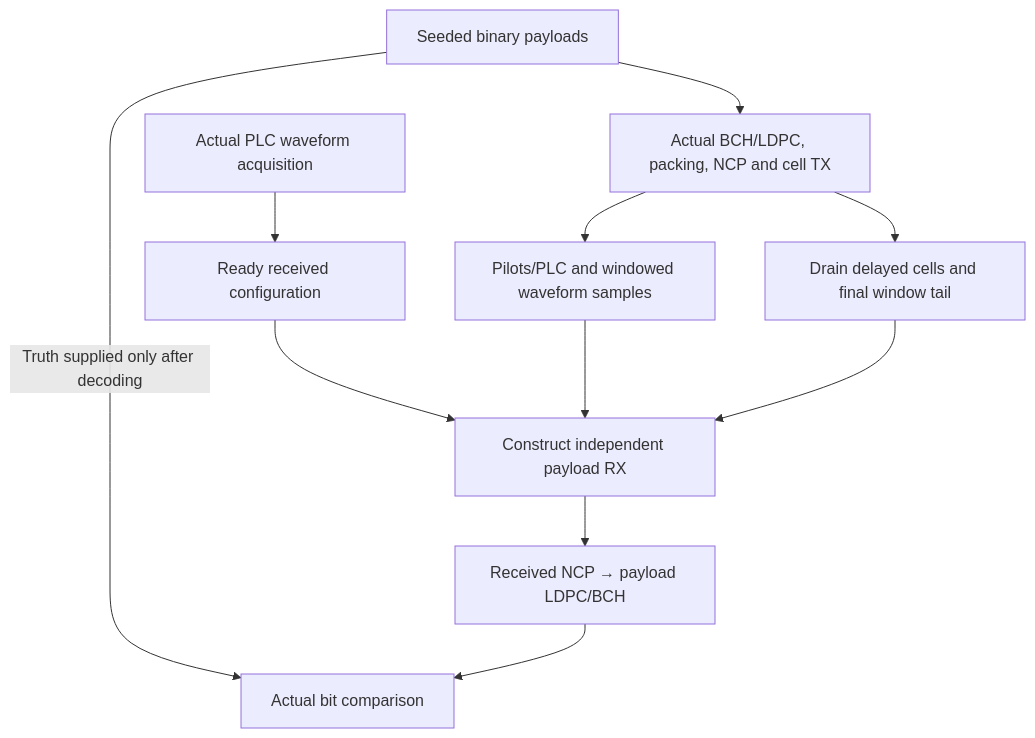
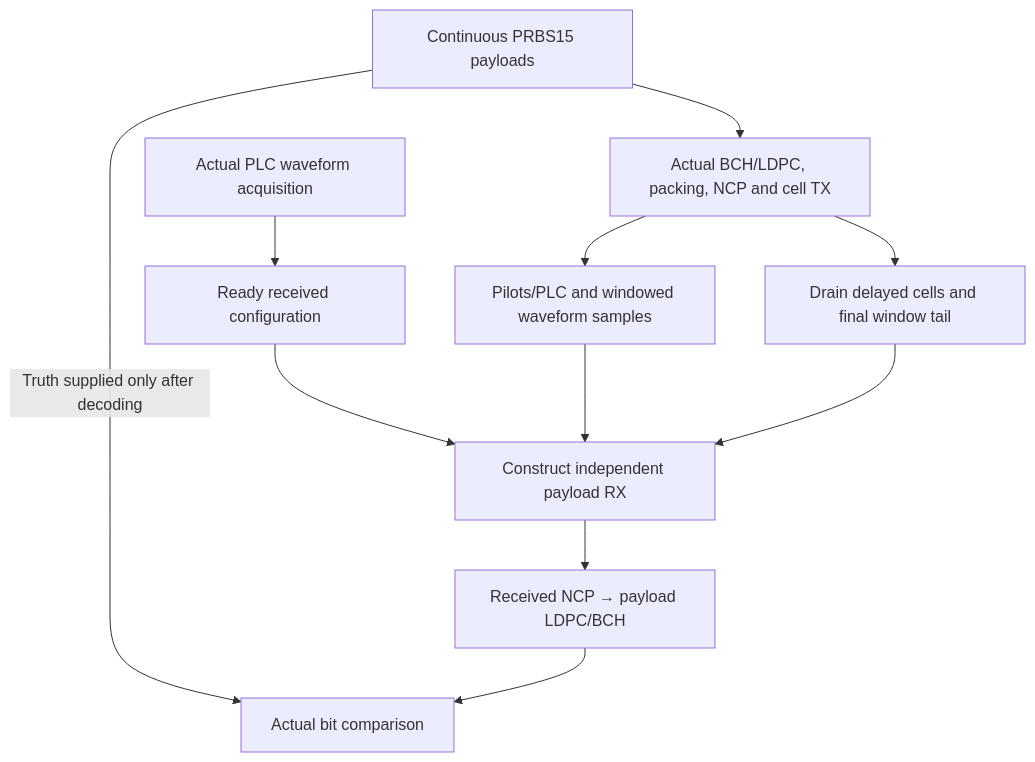
The diagram in docs/user/payload-transport/reference-experiment.md (mgarcia01752/merlin), drawn with Mermaid before and after one commit. The commit also changed other lines of this file and 18 other files, not shown here.

````diff
--- a/docs/user/payload-transport/reference-experiment.md
+++ b/docs/user/payload-transport/reference-experiment.md
@@ -14,11 +14,11 @@
 ```mermaid
 flowchart TB
     ACQ["Actual PLC waveform acquisition"] --> GATE["Ready received configuration"]
     GATE --> RX["Construct independent payload RX"]
-    SOURCE["Seeded binary payloads"] --> TX["Actual BCH/LDPC, packing, NCP and cell TX"]
+    SOURCE["Continuous PRBS15 payloads"] --> TX["Actual BCH/LDPC, packing, NCP and cell TX"]
     TX --> WAVE["Pilots/PLC and windowed waveform samples"] --> RX
     RX --> DECODE["Received NCP → payload LDPC/BCH"]
     SOURCE -->|"Truth supplied only after decoding"| COMPARE["Actual bit comparison"]
     DECODE --> COMPARE
     TX --> DRAIN["Drain delayed cells and final window tail"] --> RX
 ```
````
